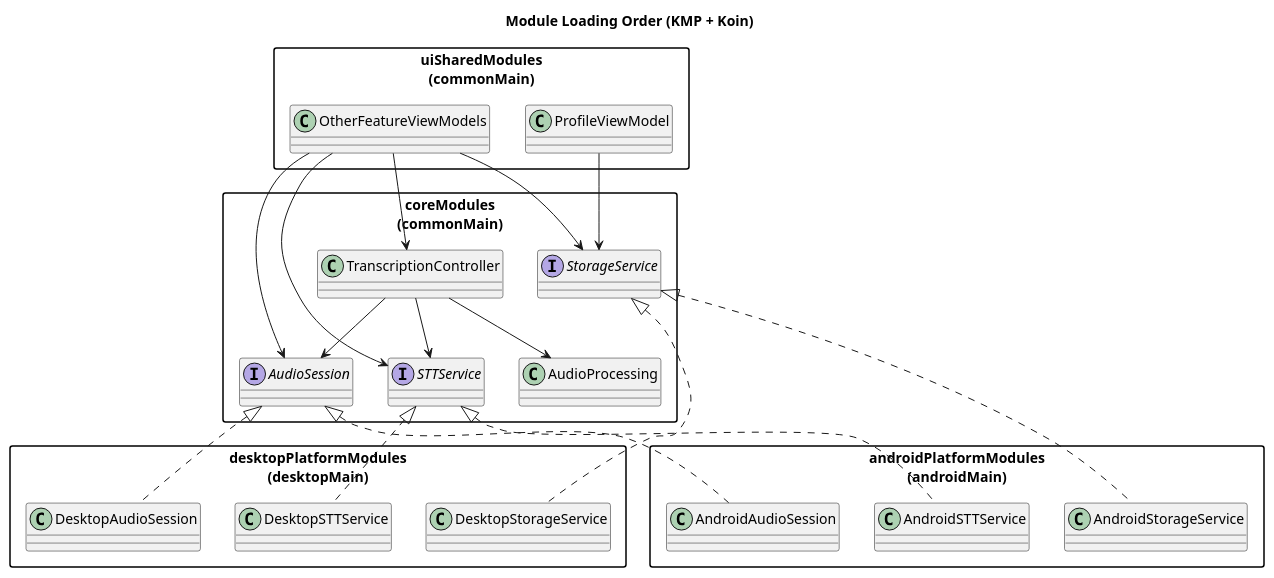
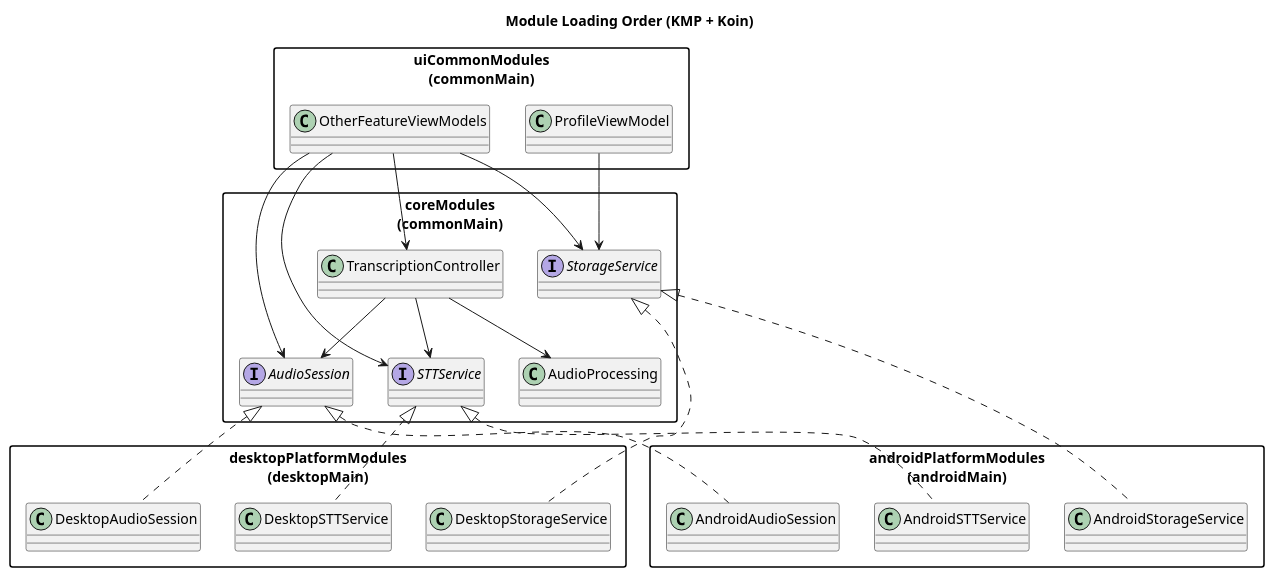
Before and after one commit to sildeag/sound2text: the diagram in docs/architecture/03_module_loading_order.puml, drawn with PlantUML. The commit also changed 253 other files, not shown here.

```diff
--- a/docs/architecture/03_module_loading_order.puml
+++ b/docs/architecture/03_module_loading_order.puml
@@ -1,41 +1,41 @@
 @startuml
 title Module Loading Order (KMP + Koin)
 skinparam packageStyle rectangle
 skinparam shadowing false
 skinparam defaultTextAlignment center
 package "coreModules\n(commonMain)" {
  class TranscriptionController
  class AudioProcessing
  interface StorageService
  interface AudioSession
  interface STTService
 }
-package "uiSharedModules\n(commonMain)" {
+package "uiCommonModules\n(commonMain)" {
  class ProfileViewModel
  class OtherFeatureViewModels
 }
 package "androidPlatformModules\n(androidMain)" {
  class AndroidStorageService
  class AndroidAudioSession
  class AndroidSTTService
 }
 package "desktopPlatformModules\n(desktopMain)" {
  class DesktopStorageService
  class DesktopAudioSession
  class DesktopSTTService
 }
 ProfileViewModel --> StorageService
 OtherFeatureViewModels --> StorageService
 OtherFeatureViewModels --> AudioSession
 OtherFeatureViewModels --> STTService
 OtherFeatureViewModels --> TranscriptionController
 TranscriptionController --> AudioSession
 TranscriptionController --> STTService
 TranscriptionController --> AudioProcessing
 StorageService <|.. AndroidStorageService
 StorageService <|.. DesktopStorageService
 AudioSession <|.. AndroidAudioSession
 AudioSession <|.. DesktopAudioSession
 STTService <|.. AndroidSTTService
 STTService <|.. DesktopSTTService
 @enduml
```
